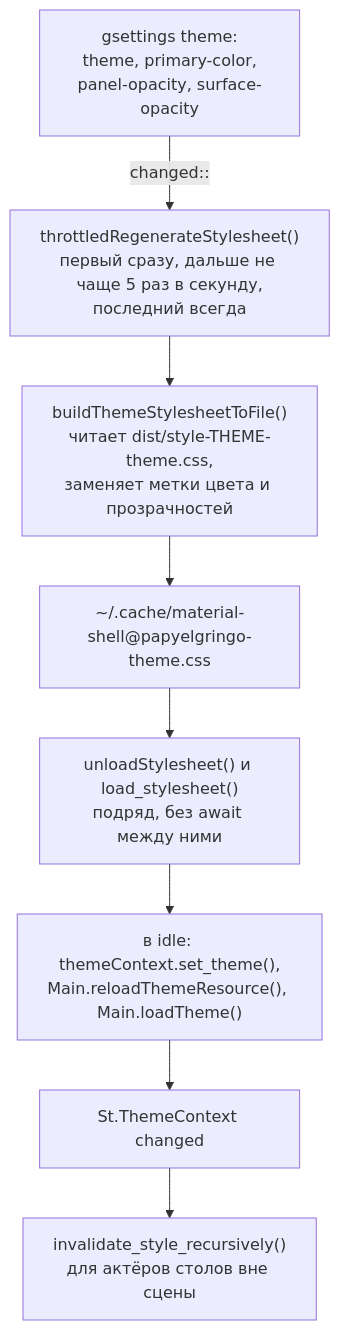
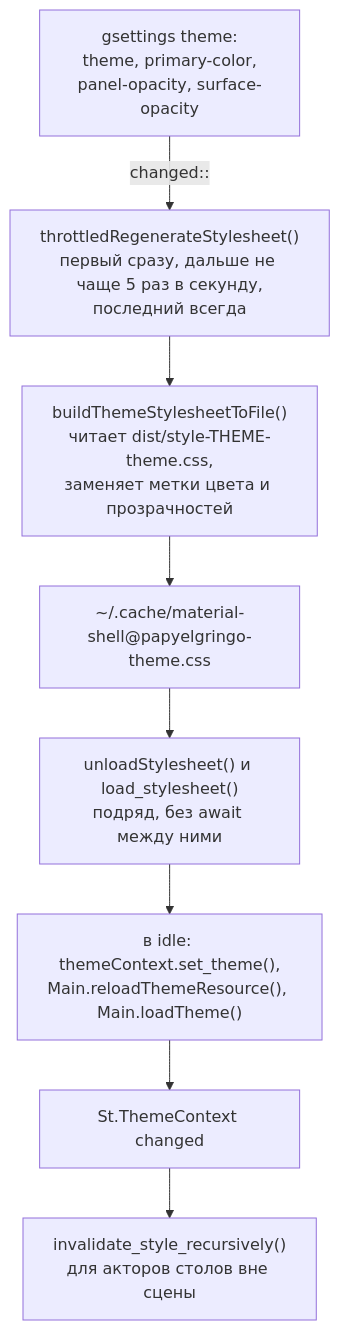
One commit to 3axapp/material-shell changed the seventh of 8 diagrams in documentation/development/ARCHITECTURE.md. Above: the diagram before and after it, drawn with Mermaid. The commit also changed other lines of this file and 6 other files, not shown here.

````diff
--- a/documentation/development/ARCHITECTURE.md
+++ b/documentation/development/ARCHITECTURE.md
@@ -351,10 +351,10 @@
 ```mermaid
 flowchart TB
     settings["gsettings theme:<br/>theme, primary-color,<br/>panel-opacity, surface-opacity"] -->|"changed::"| throttle["throttledRegenerateStylesheet()<br/>первый сразу, дальше не чаще 5 раз в секунду,<br/>последний всегда"]
     throttle --> build["buildThemeStylesheetToFile()<br/>читает dist/style-THEME-theme.css,<br/>заменяет метки цвета и прозрачностей"]
     build --> file["~/.cache/material-shell@papyelgringo-theme.css"]
     file --> reload["unloadStylesheet() и load_stylesheet()<br/>подряд, без await между ними"]
     reload --> idle["в idle: themeContext.set_theme(),<br/>Main.reloadThemeResource(), Main.loadTheme()"]
     idle --> changed["St.ThemeContext changed"]
-    changed --> inval["invalidate_style_recursively()<br/>для актёров столов вне сцены"]
+    changed --> inval["invalidate_style_recursively()<br/>для акторов столов вне сцены"]
 ```
````
